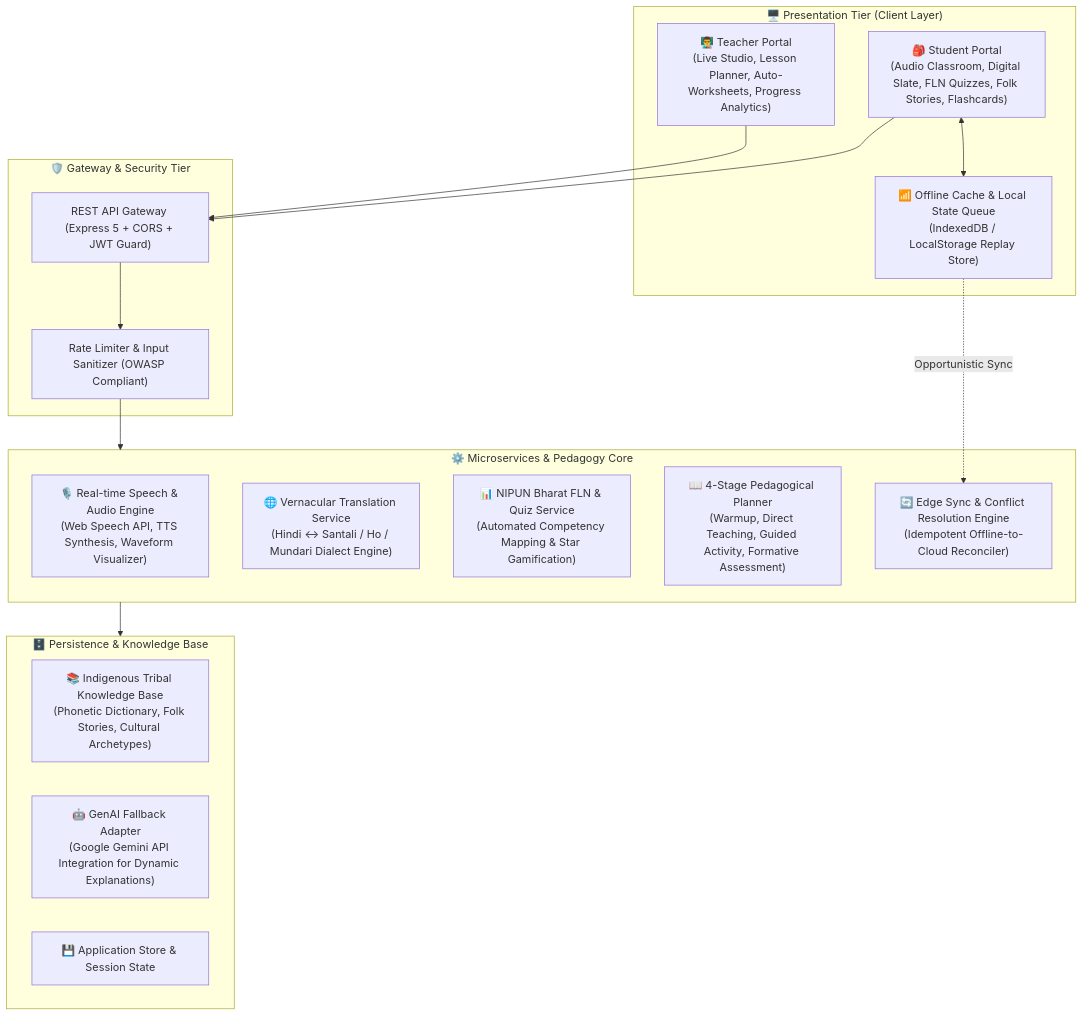
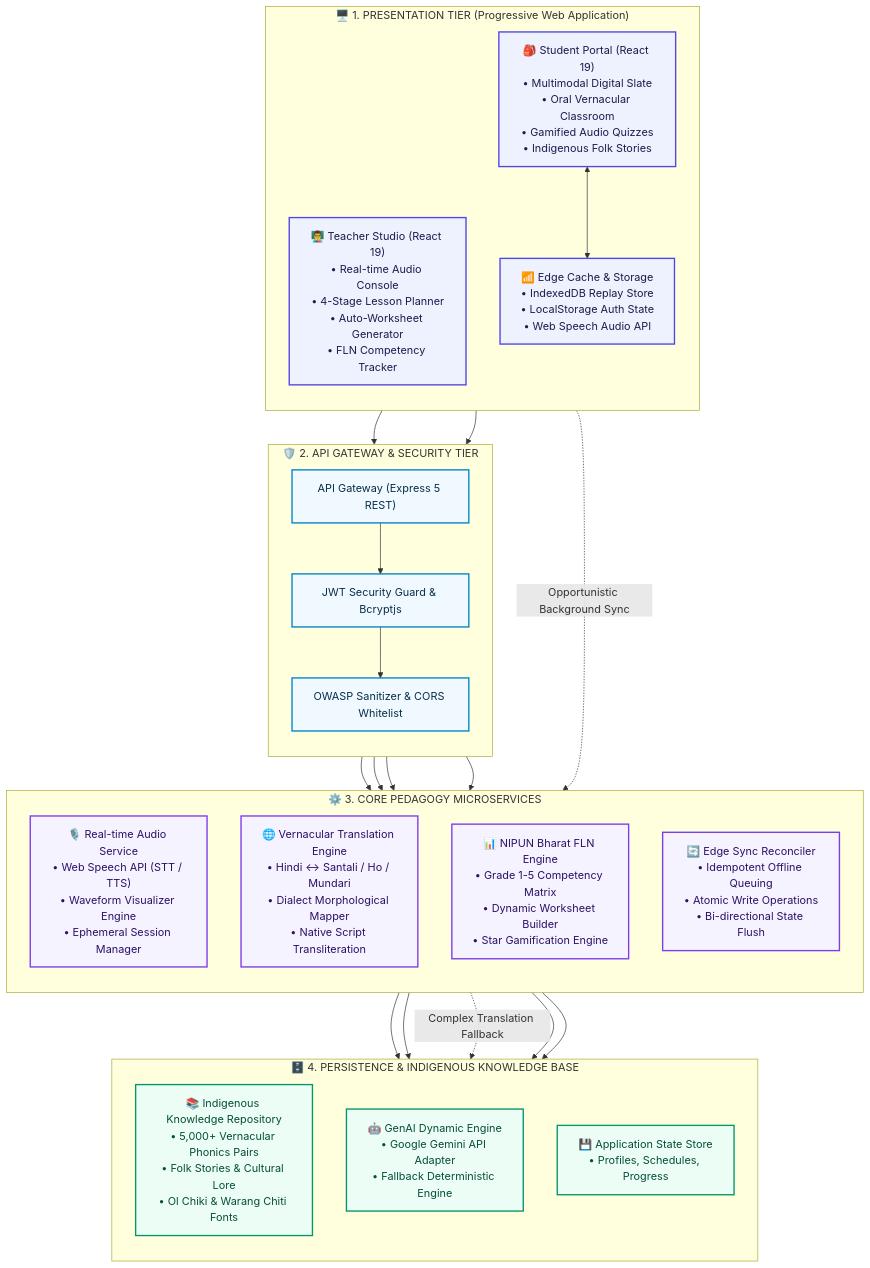
The first of 3 diagrams in README.md (madhavisolanki-ui/Vaani), drawn with Mermaid before and after one commit. The commit also changed other lines of this file, not shown here.

Commit message:
docs: enrich README with full system architecture, microservices map, and sequence diagrams

````diff
--- a/README.md
+++ b/README.md
@@ -33,35 +67,56 @@
 ```mermaid
 graph TB
-    subgraph Client_Layer["🖥️ Presentation Tier (Client Layer)"]
-        TP["👨‍🏫 Teacher Portal<br/>(Live Studio, Lesson Planner, Auto-Worksheets, Progress Analytics)"]
-        SP["🎒 Student Portal<br/>(Audio Classroom, Digital Slate, FLN Quizzes, Folk Stories, Flashcards)"]
-        PWA["📶 Offline Cache & Local State Queue<br/>(IndexedDB / LocalStorage Replay Store)"]
+    %% STYLING DEFINITIONS
+    classDef clientStyle fill:#EEF2FF,stroke:#4F46E5,stroke-width:2px,color:#1E1B4B;
+    classDef gatewayStyle fill:#F0F9FF,stroke:#0284C7,stroke-width:2px,color:#082F49;
+    classDef coreStyle fill:#F5F3FF,stroke:#7C3AED,stroke-width:2px,color:#2E1065;
+    classDef storageStyle fill:#ECFDF5,stroke:#059669,stroke-width:2px,color:#064E3B;
+
+    subgraph Client_Layer["🖥️ 1. PRESENTATION TIER (Progressive Web Application)"]
+        direction TB
+        TP["👨‍🏫 Teacher Studio (React 19)<br/>• Real-time Audio Console<br/>• 4-Stage Lesson Planner<br/>• Auto-Worksheet Generator<br/>• FLN Competency Tracker"]:::clientStyle
+        SP["🎒 Student Portal (React 19)<br/>• Multimodal Digital Slate<br/>• Oral Vernacular Classroom<br/>• Gamified Audio Quizzes<br/>• Indigenous Folk Stories"]:::clientStyle
+        LOCAL_QUEUE["📶 Edge Cache & Storage<br/>• IndexedDB Replay Store<br/>• LocalStorage Auth State<br/>• Web Speech Audio API"]:::clientStyle
     end
 
-    subgraph API_Gateway["🛡️ Gateway & Security Tier"]
-        GW["REST API Gateway (Express 5 + CORS + JWT Guard)"]
-        RL["Rate Limiter & Input Sanitizer (OWASP Compliant)"]
+    subgraph Gateway_Layer["🛡️ 2. API GATEWAY & SECURITY TIER"]
+        direction TB
+        GATEWAY["API Gateway (Express 5 REST)"]:::gatewayStyle
+        AUTH_GUARD["JWT Security Guard & Bcryptjs"]:::gatewayStyle
+        CORS_FILTER["OWASP Sanitizer & CORS Whitelist"]:::gatewayStyle
     end
 
-    subgraph Core_Services["⚙️ Microservices & Pedagogy Core"]
-        SPEECH["🎙️ Real-time Speech & Audio Engine<br/>(Web Speech API, TTS Synthesis, Waveform Visualizer)"]
-        TRANSLATE["🌐 Vernacular Translation Service<br/>(Hindi ↔ Santali / Ho / Mundari Dialect Engine)"]
-        FLN["📊 NIPUN Bharat FLN & Quiz Service<br/>(Automated Competency Mapping & Star Gamification)"]
-        CURRICULUM["📖 4-Stage Pedagogical Planner<br/>(Warmup, Direct Teaching, Guided Activity, Formative Assessment)"]
-        SYNC["🔄 Edge Sync & Conflict Resolution Engine<br/>(Idempotent Offline-to-Cloud Reconciler)"]
+    subgraph Core_Layer["⚙️ 3. CORE PEDAGOGY MICROSERVICES"]
+        direction TB
+        SPEECH_SVC["🎙️ Real-time Audio Service<br/>• Web Speech API (STT / TTS)<br/>• Waveform Visualizer Engine<br/>• Ephemeral Session Manager"]:::coreStyle
+        TRANSLATE_SVC["🌐 Vernacular Translation Engine<br/>• Hindi ↔ Santali / Ho / Mundari<br/>• Dialect Morphological Mapper<br/>• Native Script Transliteration"]:::coreStyle
+        FLN_SVC["📊 NIPUN Bharat FLN Engine<br/>• Grade 1-5 Competency Matrix<br/>• Dynamic Worksheet Builder<br/>• Star Gamification Engine"]:::coreStyle
+        SYNC_SVC["🔄 Edge Sync Reconciler<br/>• Idempotent Offline Queuing<br/>• Atomic Write Operations<br/>• Bi-directional State Flush"]:::coreStyle
     end
 
-    subgraph Data_Storage["🗄️ Persistence & Knowledge Base"]
-        KB["📚 Indigenous Tribal Knowledge Base<br/>(Phonetic Dictionary, Folk Stories, Cultural Archetypes)"]
-        GENAI["🤖 GenAI Fallback Adapter<br/>(Google Gemini API Integration for Dynamic Explanations)"]
-        DB["💾 Application Store & Session State"]
+    subgraph Storage_Layer["🗄️ 4. PERSISTENCE & INDIGENOUS KNOWLEDGE BASE"]
+        direction TB
+        TRIBAL_KB["📚 Indigenous Knowledge Repository<br/>• 5,000+ Vernacular Phonics Pairs<br/>• Folk Stories & Cultural Lore<br/>• Ol Chiki & Warang Chiti Fonts"]:::storageStyle
+        AI_FALLBACK["🤖 GenAI Dynamic Engine<br/>• Google Gemini API Adapter<br/>• Fallback Deterministic Engine"]:::storageStyle
+        APP_DB["💾 Application State Store<br/>• Profiles, Schedules, Progress"]:::storageStyle
     end
 
-    TP --> GW
-    SP --> GW
-    SP <--> PWA
-    PWA -.->|Opportunistic Sync| SYNC
-    GW --> RL
-    RL --> Core_Services
-    Core_Services --> Data_Storage
+    %% RELATIONSHIPS
+    TP --> GATEWAY
+    SP --> GATEWAY
+    SP <--> LOCAL_QUEUE
+    LOCAL_QUEUE -.->|Opportunistic Background Sync| SYNC_SVC
+
+    GATEWAY --> AUTH_GUARD
+    AUTH_GUARD --> CORS_FILTER
+    CORS_FILTER --> SPEECH_SVC
+    CORS_FILTER --> TRANSLATE_SVC
+    CORS_FILTER --> FLN_SVC
+    CORS_FILTER --> SYNC_SVC
+
+    SPEECH_SVC --> TRIBAL_KB
+    TRANSLATE_SVC --> TRIBAL_KB
+    TRANSLATE_SVC -.->|Complex Translation Fallback| AI_FALLBACK
+    FLN_SVC --> APP_DB
+    SYNC_SVC --> APP_DB
 ```
````
